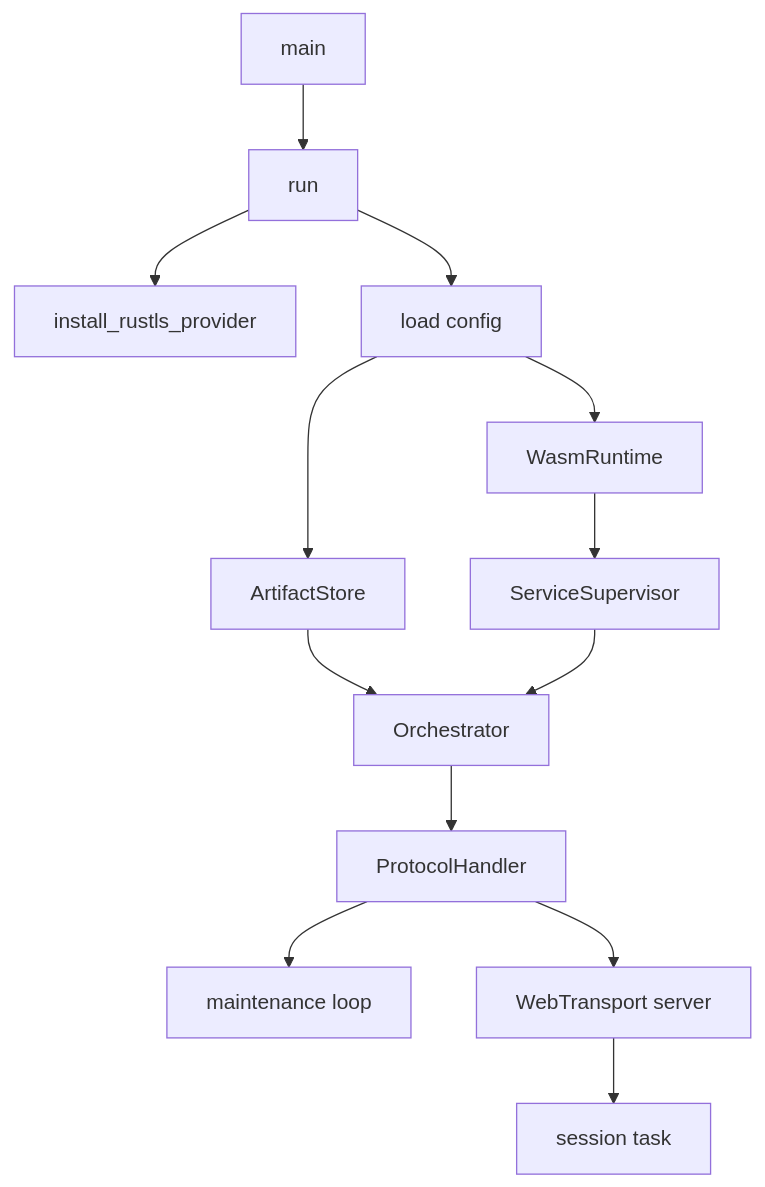
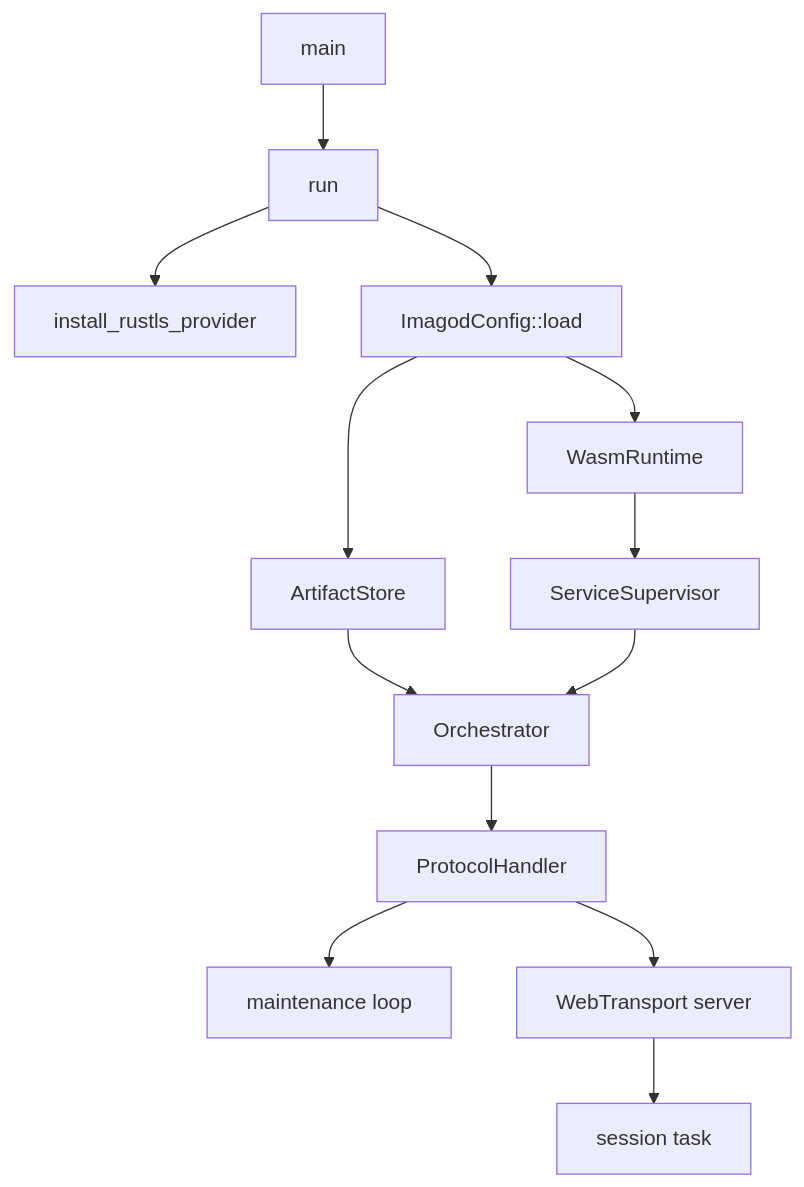
The first of 4 diagrams in docs/spec/imagod-internals.md (yieldspace/imago), drawn with Mermaid before and after one commit. The commit also changed other lines of this file and 6 other files, not shown here.

````diff
--- a/docs/spec/imagod-internals.md
+++ b/docs/spec/imagod-internals.md
@@ -42,15 +43,15 @@
 ```mermaid
 flowchart TD
-  A[main] --> B[run]
-  B --> C[install_rustls_provider]
-  B --> D[load config]
-  D --> E[ArtifactStore]
-  D --> F[WasmRuntime]
-  F --> G[ServiceSupervisor]
-  E --> H[Orchestrator]
+  A["main"] --> B["run"]
+  B --> C["install_rustls_provider"]
+  B --> D["ImagodConfig::load"]
+  D --> E["ArtifactStore"]
+  D --> F["WasmRuntime"]
+  F --> G["ServiceSupervisor"]
+  E --> H["Orchestrator"]
   G --> H
-  H --> I[ProtocolHandler]
-  I --> J[maintenance loop]
-  I --> K[WebTransport server]
-  K --> L[session task]
+  H --> I["ProtocolHandler"]
+  I --> J["maintenance loop"]
+  I --> K["WebTransport server"]
+  K --> L["session task"]
 ```
````
